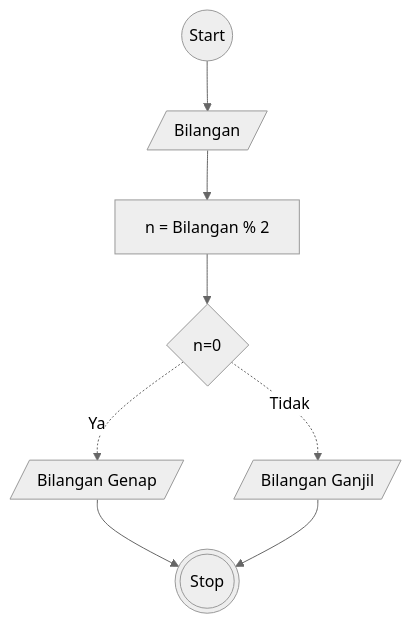
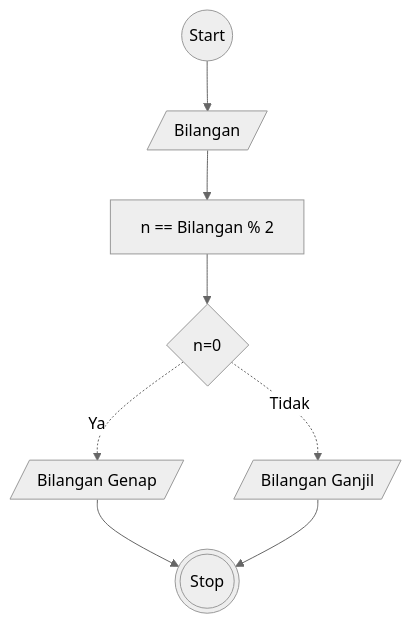
One commit to dimastadeoo/koda-b8-algoritma changed the diagram in ganjil-genap.md. Above: the diagram before and after it, drawn with Mermaid (neutral theme).

````diff
--- a/ganjil-genap.md
+++ b/ganjil-genap.md
@@ -16,19 +16,19 @@
 ```mermaid
 flowchart TD
     A@{ shape: circle, label: "Start" }
     
     B@{ shape: lean-r, label: "Bilangan" }
-    G@{ shape: rect, label: "n = Bilangan % 2" }
+    G@{ shape: rect, label: "n == Bilangan % 2" }
 
     C@{ shape: diamond, label: "n=0" }
 
     D@{ shape: lean-r, label: "Bilangan Ganjil" }
     E@{ shape: lean-r, label: "Bilangan Genap" }
 
     F@{ shape: dbl-circ, label: "Stop" }
 
     A --> B --> G --> C-. Ya .-> E --> F
     C-. Tidak .-> D --> F
 
 
 ```
````
